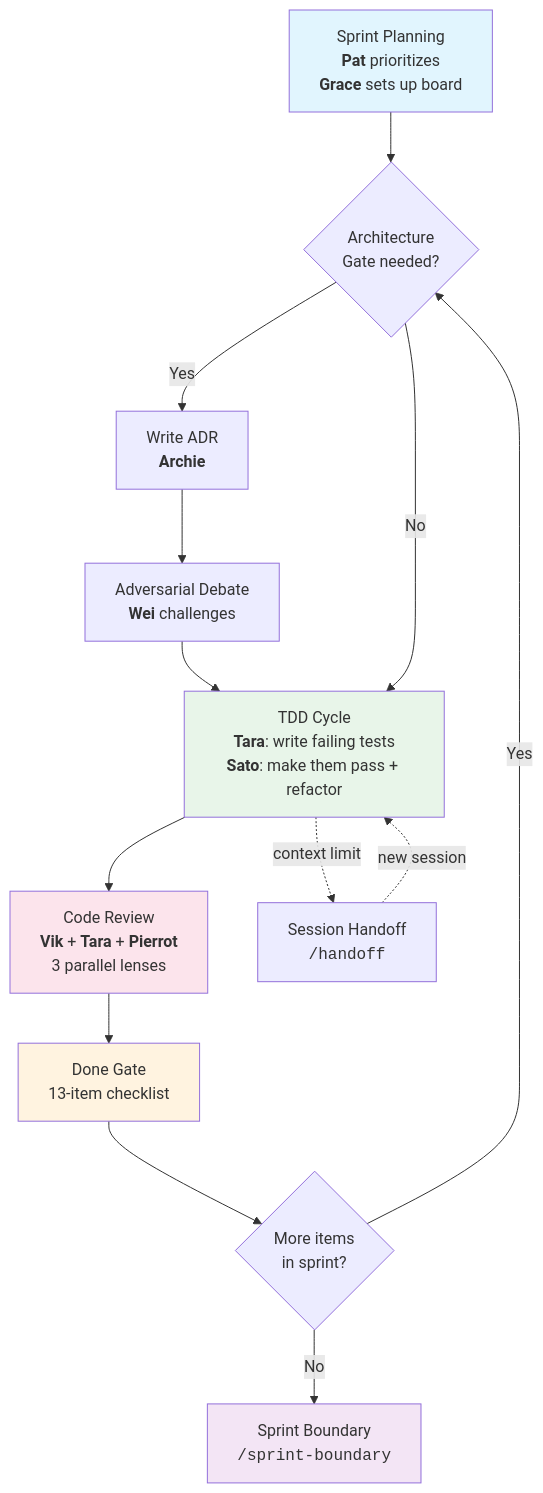
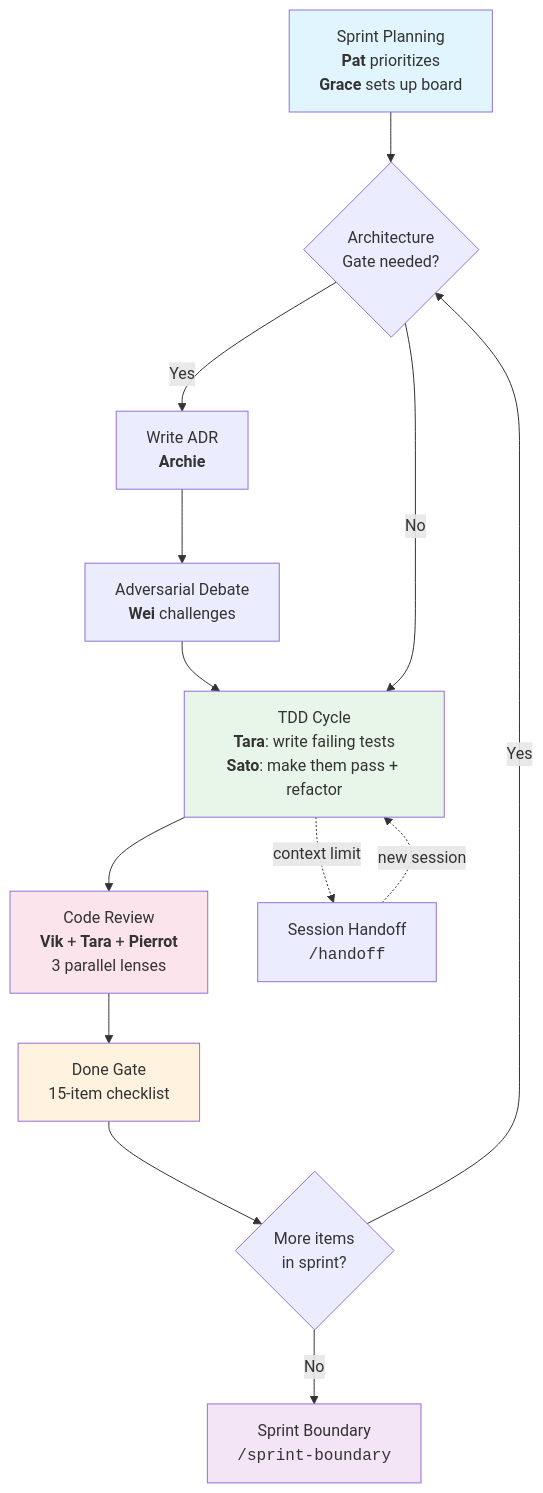
The diagram in docs/template-guide.md (noodlefrenzy/vteam-hybrid), drawn with Mermaid before and after one commit. The commit also changed 12 other files, not shown here.

````diff
--- a/docs/template-guide.md
+++ b/docs/template-guide.md
@@ -42,29 +42,29 @@
 ```mermaid
 flowchart TD
     Plan["Sprint Planning<br/><strong>Pat</strong> prioritizes<br/><strong>Grace</strong> sets up board"]
     Gate{"Architecture<br/>Gate needed?"}
     ADR["Write ADR<br/><strong>Archie</strong>"]
     Debate["Adversarial Debate<br/><strong>Wei</strong> challenges"]
     TDD["TDD Cycle<br/><strong>Tara</strong>: write failing tests<br/><strong>Sato</strong>: make them pass + refactor"]
     Review["Code Review<br/><strong>Vik</strong> + <strong>Tara</strong> + <strong>Pierrot</strong><br/>3 parallel lenses"]
-    DoneGate["Done Gate<br/>13-item checklist"]
+    DoneGate["Done Gate<br/>15-item checklist"]
     More{"More items<br/>in sprint?"}
     Boundary["Sprint Boundary<br/><code>/sprint-boundary</code>"]
     Handoff["Session Handoff<br/><code>/handoff</code>"]
 
     Plan --> Gate
     Gate -->|Yes| ADR --> Debate --> TDD
     Gate -->|No| TDD
     TDD --> Review --> DoneGate
     DoneGate --> More
     More -->|Yes| Gate
     More -->|No| Boundary
     TDD -.->|"context limit"| Handoff
     Handoff -.->|"new session"| TDD
 
     style Plan fill:#e1f5fe
     style TDD fill:#e8f5e9
     style Review fill:#fce4ec
     style DoneGate fill:#fff3e0
     style Boundary fill:#f3e5f5
 ```
````
